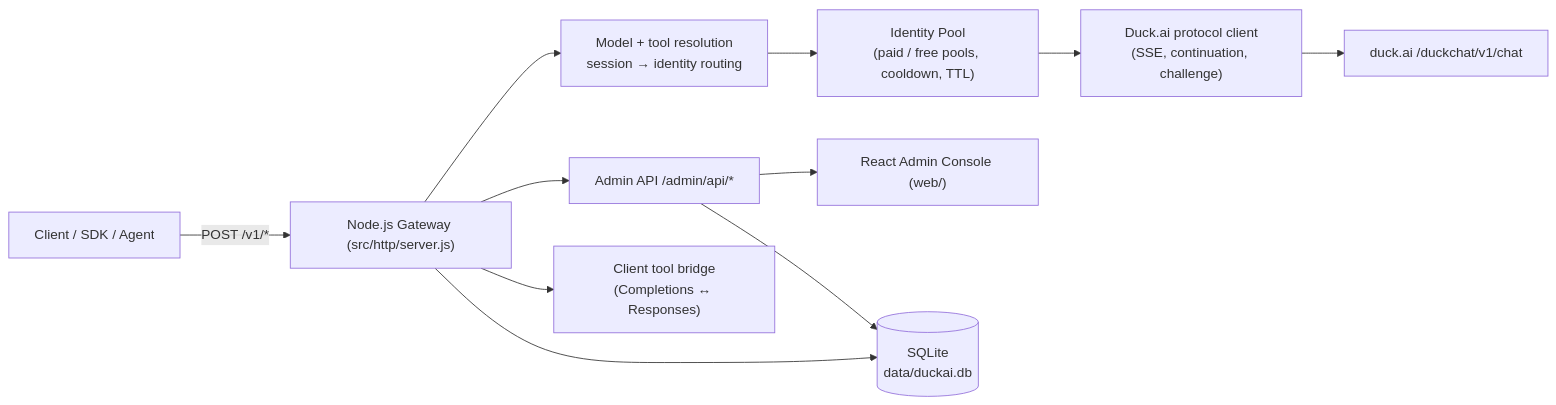
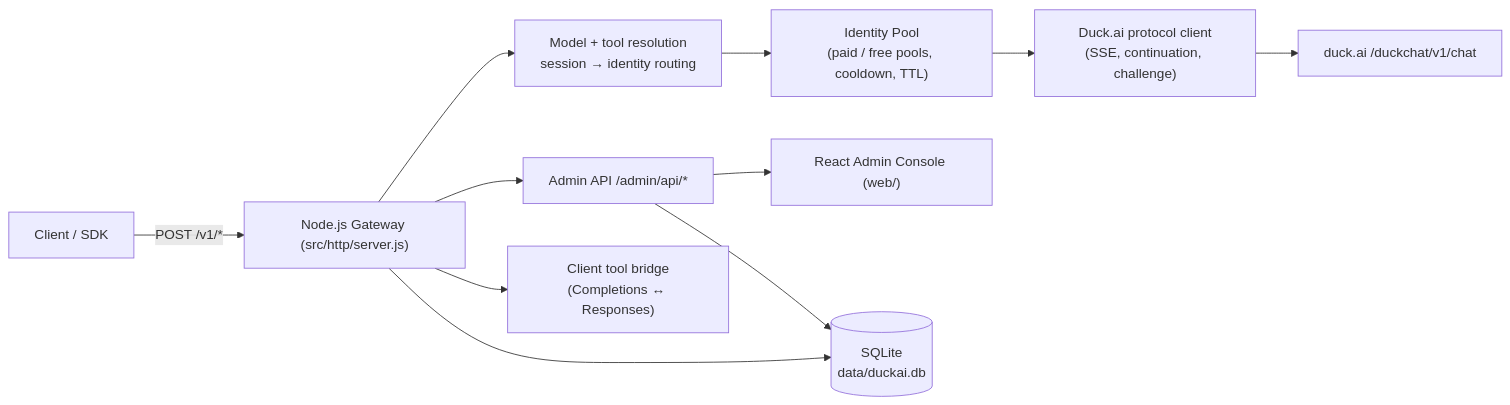
The diagram in README.md (LandmineHQ/duckai-cpa), drawn with Mermaid before and after one commit. The commit also changed other lines of this file and 30 other files, not shown here.

````diff
--- a/README.md
+++ b/README.md
@@ -328,13 +328,13 @@
 ```mermaid
 flowchart LR
-    Client["Client / SDK / Agent"] -->|"POST /v1/*"| API["Node.js Gateway (src/http/server.js)"]
+    Client["Client / SDK"] -->|"POST /v1/*"| API["Node.js Gateway (src/http/server.js)"]
     API --> Router["Model + tool resolution<br/>session → identity routing"]
     Router --> Pool["Identity Pool<br/>(paid / free pools, cooldown, TTL)"]
     Pool --> Duck["Duck.ai protocol client<br/>(SSE, continuation, challenge)"]
     Duck --> Upstream["duck.ai /duckchat/v1/chat"]
     API --> Admin["Admin API /admin/api/*"]
     Admin --> Web["React Admin Console (web/)"]
     API --> Tools["Client tool bridge<br/>(Completions ↔ Responses)"]
     API --> DB[("SQLite<br/>data/duckai.db")]
     Admin --> DB
 ```
````
